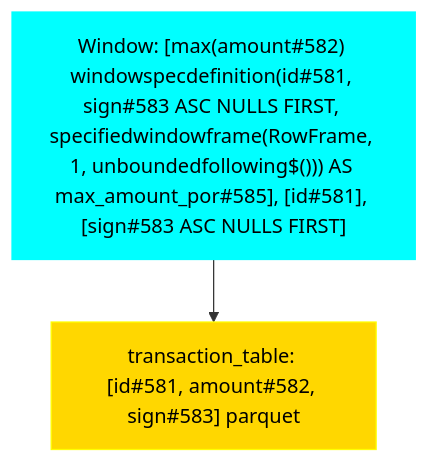
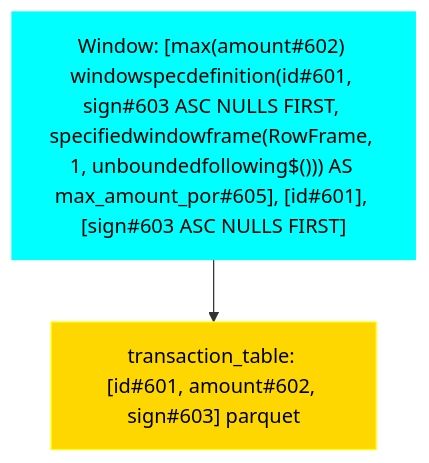
Before and after one commit to NielkNetraam/explainalyzed: the diagram in data/visualization/window_column.mmd, drawn with Mermaid. The commit also changed 31 other files, not shown here.

```diff
--- a/data/visualization/window_column.mmd
+++ b/data/visualization/window_column.mmd
@@ -1,13 +1,13 @@
 flowchart TD
     classDef PROJECT stroke:Blue,fill:LightBlue,color:black
     classDef FILTER stroke:Green,fill:LightGreen,color:black
     classDef UNION stroke:Purple,fill:Violet,color:black
     classDef JOIN stroke:DarkOrange,fill:Orange,color:black
     classDef RELATION stroke:Yellow,fill:Gold,color:black
     classDef AGGREGATE stroke:Brown,fill:Chocolate,color:black
     classDef WINDOW stroke:Aqua,fill:Cyan,color:black
 
-    Window#00001["Window: [max(amount#582) windowspecdefinition(id#581, sign#583 ASC NULLS FIRST, specifiedwindowframe(RowFrame, 1, unboundedfollowing$())) AS max_amount_por#585], [id#581], [sign#583 ASC NULLS FIRST]"]:::WINDOW
-    Relation#00002["transaction_table: [id#581, amount#582, sign#583] parquet"]:::RELATION
+    Window#00001["Window: [max(amount#602) windowspecdefinition(id#601, sign#603 ASC NULLS FIRST, specifiedwindowframe(RowFrame, 1, unboundedfollowing$())) AS max_amount_por#605], [id#601], [sign#603 ASC NULLS FIRST]"]:::WINDOW
+    Relation#00002["transaction_table: [id#601, amount#602, sign#603] parquet"]:::RELATION
 
     Window#00001 --> Relation#00002
```
